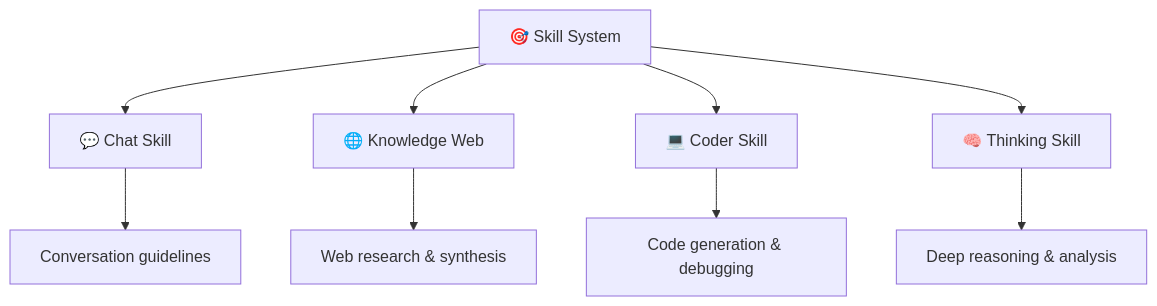
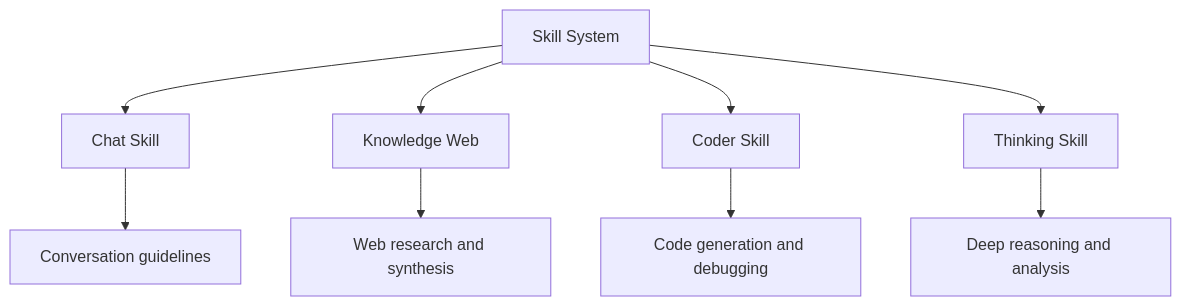
Before and after one commit to amkyawdev/code-agent: the seventh of 8 diagrams in README.md, drawn with Mermaid. The commit also changed other lines of this file, not shown here.

Commit message:
Fix: Mermaid diagrams - remove emojis for GitHub rendering

````diff
--- a/README.md
+++ b/README.md
@@ -263,12 +259,12 @@
 ```mermaid
 graph TD
-    A[🎯 Skill System] --> B[💬 Chat Skill]
-    A --> C[🌐 Knowledge Web]
-    A --> D[💻 Coder Skill]
-    A --> E[🧠 Thinking Skill]
+    A[Skill System] --> B[Chat Skill]
+    A --> C[Knowledge Web]
+    A --> D[Coder Skill]
+    A --> E[Thinking Skill]
     
     B --> B1[Conversation guidelines]
-    C --> C1[Web research & synthesis]
-    D --> D1[Code generation & debugging]
-    E --> E1[Deep reasoning & analysis]
+    C --> C1[Web research and synthesis]
+    D --> D1[Code generation and debugging]
+    E --> E1[Deep reasoning and analysis]
 ```
````
